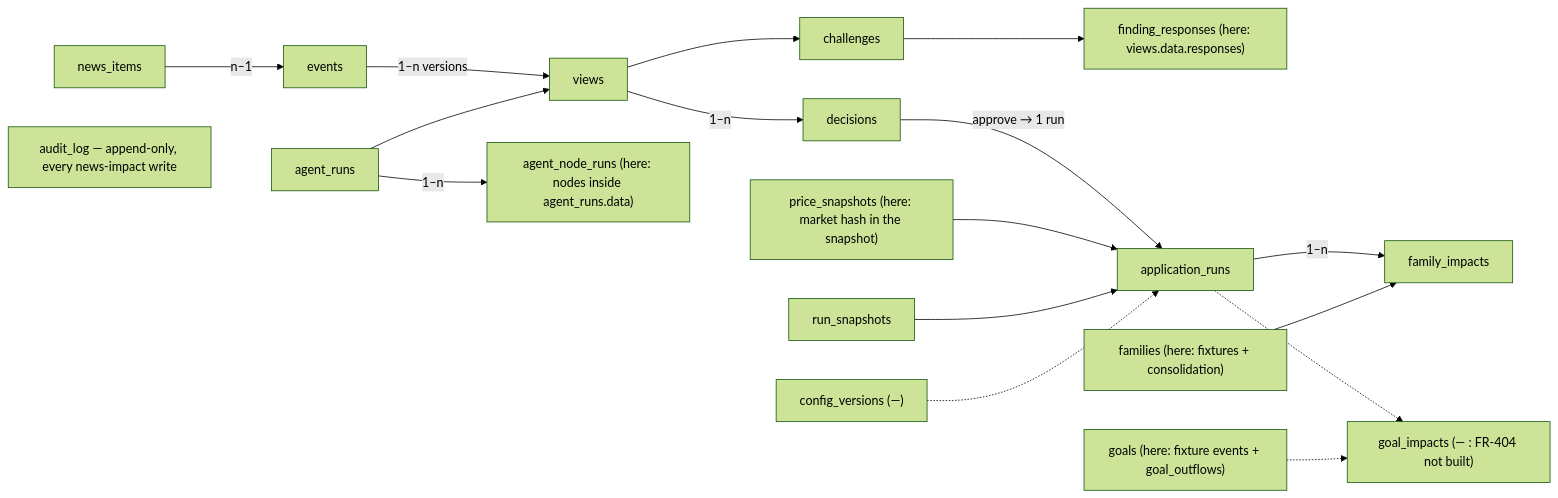
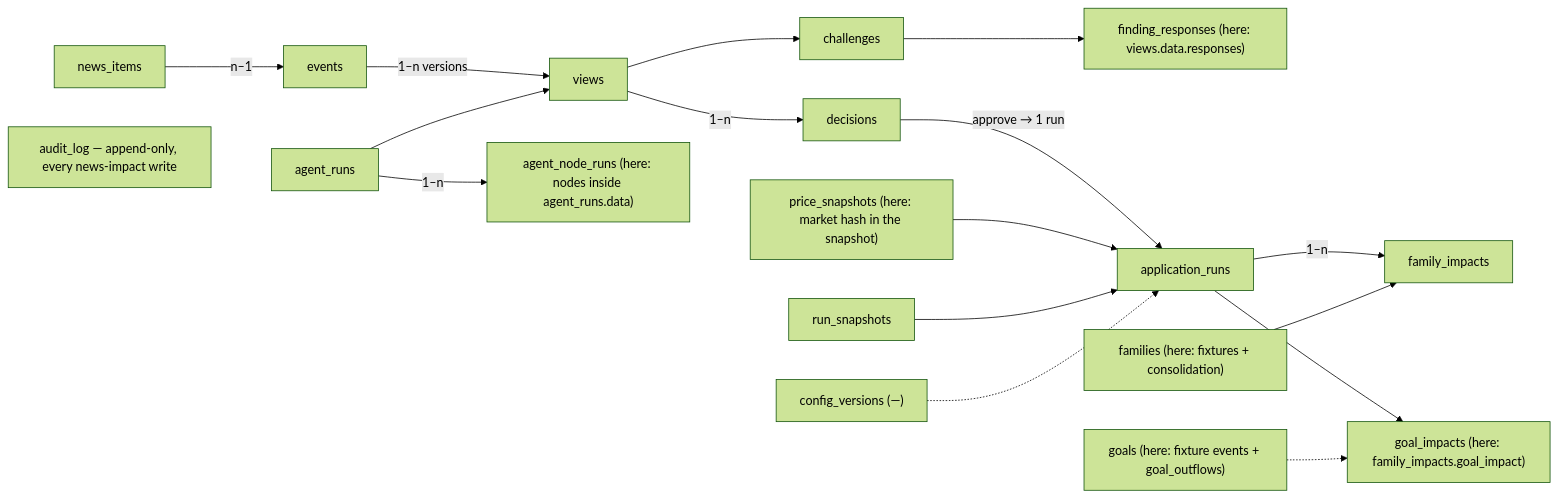
One commit to batman1m2001-cyber/mr-finance changed the first of 3 diagrams in docs/brd/architecture/domain_model.md. Above: the diagram before and after it, drawn with Mermaid (forest theme). The commit also changed other lines of this file and 40 other files, not shown here.

````diff
--- a/docs/brd/architecture/domain_model.md
+++ b/docs/brd/architecture/domain_model.md
@@ -23,19 +23,19 @@
 ```mermaid
 flowchart LR
   NI[news_items] -- n–1 --> EV[events]
   EV -- 1–n versions --> VW[views]
   AR[agent_runs] -- 1–n --> NR["agent_node_runs (here: nodes inside agent_runs.data)"]
   AR --> VW
   VW --> CH[challenges]
   CH --> FR["finding_responses (here: views.data.responses)"]
   VW -- 1–n --> DC[decisions]
   DC -- "approve → 1 run" --> RUN[application_runs]
   PS["price_snapshots (here: market hash in the snapshot)"] --> RUN
   RS[run_snapshots] --> RUN
   CV["config_versions (—)"] -.-> RUN
   RUN -- 1–n --> FI[family_impacts]
-  RUN -.-> GI["goal_impacts (— : FR-404 not built)"]
+  RUN --> GI["goal_impacts (here: family_impacts.goal_impact)"]
   FAM["families (here: fixtures + consolidation)"] --> FI
   GO["goals (here: fixture events + goal_outflows)"] -.-> GI
   AUD[audit_log — append-only, every news-impact write]
 ```
````
